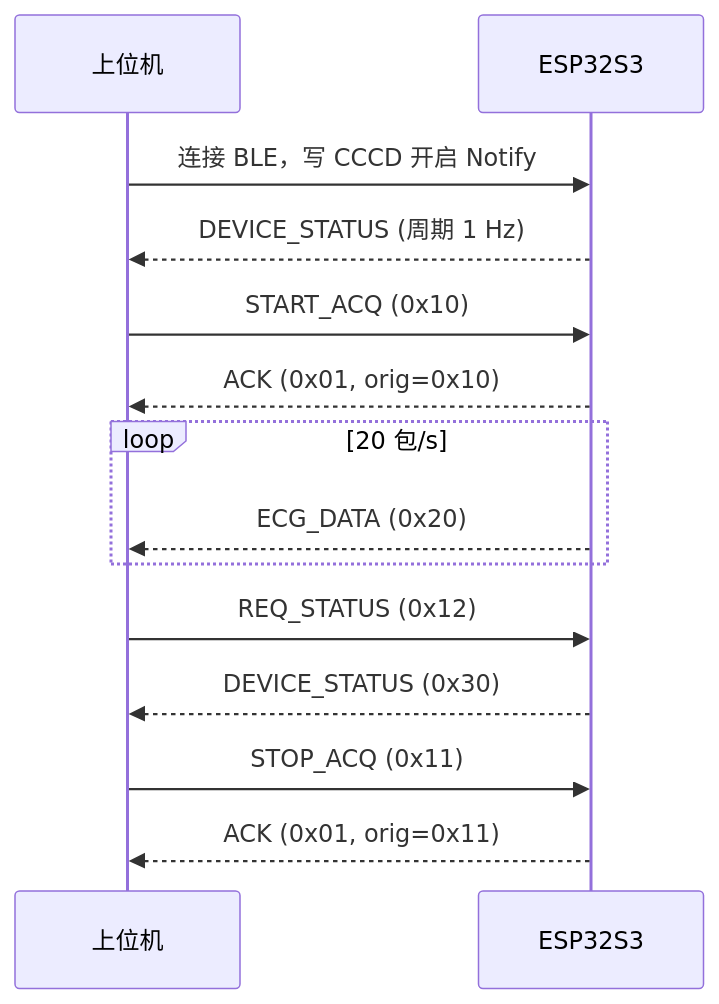
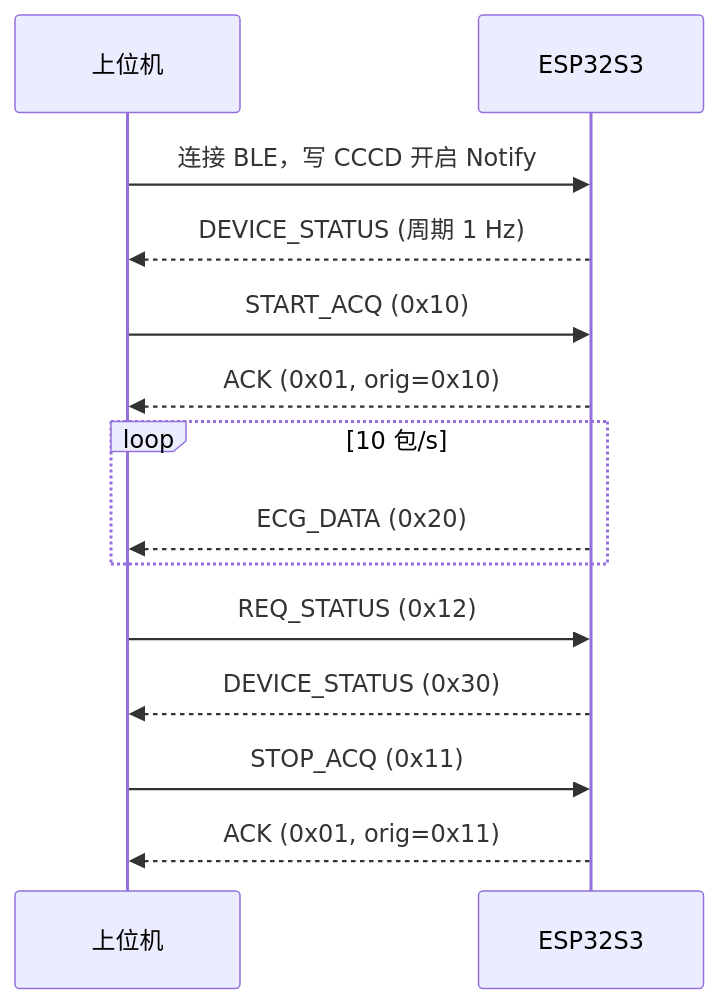
The diagram in ble_protocol/docs/04_downlink_commands.md (SHOCKY47/ESP32S3_SLECG_CODE), drawn with Mermaid before and after one commit. The commit also changed 34 other files, not shown here.

````diff
--- a/ble_protocol/docs/04_downlink_commands.md
+++ b/ble_protocol/docs/04_downlink_commands.md
@@ -159,20 +159,20 @@
 ```mermaid
 sequenceDiagram
     participant Host as 上位机
     participant Dev as ESP32S3
 
     Host->>Dev: 连接 BLE，写 CCCD 开启 Notify
     Dev-->>Host: DEVICE_STATUS (周期 1 Hz)
 
     Host->>Dev: START_ACQ (0x10)
     Dev-->>Host: ACK (0x01, orig=0x10)
-    loop 20 包/s
+    loop 10 包/s
         Dev-->>Host: ECG_DATA (0x20)
     end
 
     Host->>Dev: REQ_STATUS (0x12)
     Dev-->>Host: DEVICE_STATUS (0x30)
 
     Host->>Dev: STOP_ACQ (0x11)
     Dev-->>Host: ACK (0x01, orig=0x11)
 ```
````
